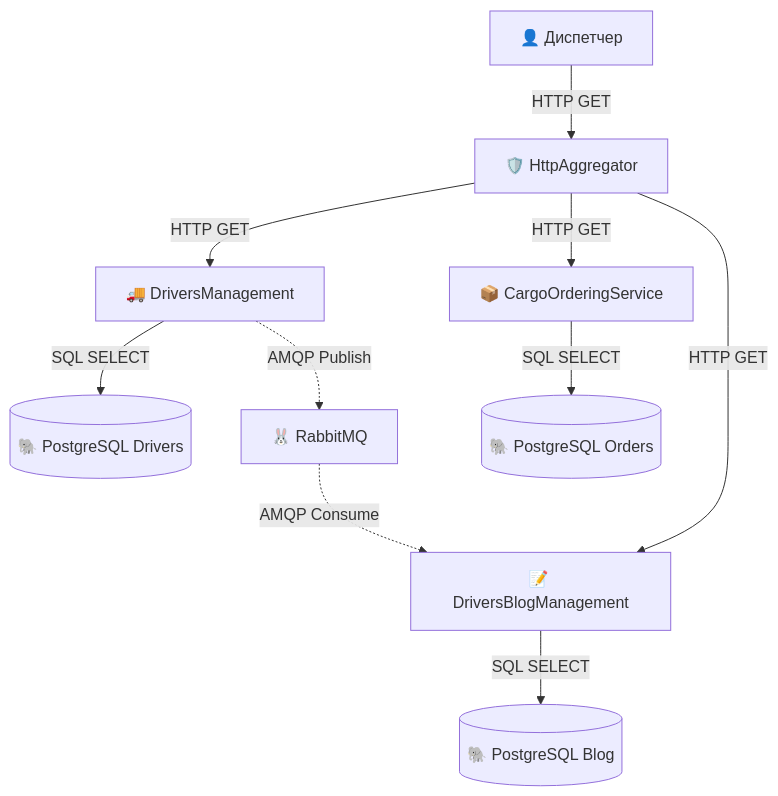
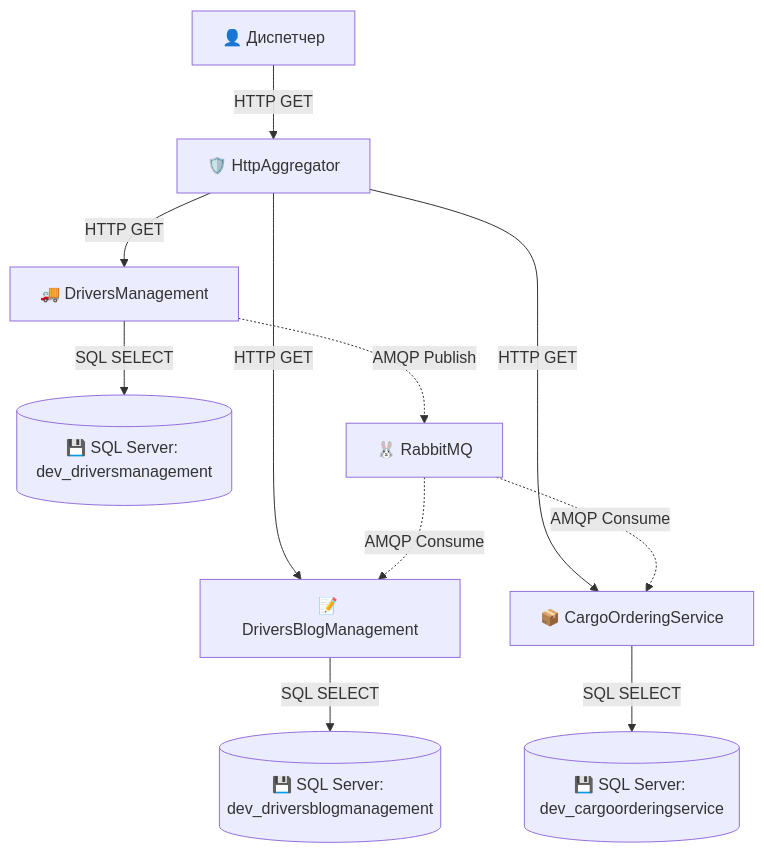
The first of 6 diagrams in 02-Microservices-Craftsman/02-01-Aspire-Documentation/04_Distributed_Tracing_OpenTelemetry_Guide.md (MrTomkaYurii/Demo-CargoDeliveryService), drawn with Mermaid before and after one commit. The commit also changed other lines of this file and 227 other files, not shown here.

````diff
--- a/02-Microservices-Craftsman/02-01-Aspire-Documentation/04_Distributed_Tracing_OpenTelemetry_Guide.md
+++ b/02-Microservices-Craftsman/02-01-Aspire-Documentation/04_Distributed_Tracing_OpenTelemetry_Guide.md
@@ -37,14 +37,15 @@
 ```mermaid
 flowchart TD
     User["👤 Диспетчер"] -->|"HTTP GET"| Agg["🛡️ HttpAggregator"]
     Agg -->|"HTTP GET"| DM["🚚 DriversManagement"]
     Agg -->|"HTTP GET"| CO["📦 CargoOrderingService"]
     Agg -->|"HTTP GET"| DB["📝 DriversBlogManagement"]
     
-    DM -->|"SQL SELECT"| PG1[("🐘 PostgreSQL Drivers")]
-    CO -->|"SQL SELECT"| PG2[("🐘 PostgreSQL Orders")]
-    DB -->|"SQL SELECT"| PG3[("🐘 PostgreSQL Blog")]
+    DM -->|"SQL SELECT"| SQL1[("💾 SQL Server: dev_driversmanagement")]
+    CO -->|"SQL SELECT"| SQL2[("💾 SQL Server: dev_cargoorderingservice")]
+    DB -->|"SQL SELECT"| SQL3[("💾 SQL Server: dev_driversblogmanagement")]
     
     DM -.->|"AMQP Publish"| RMQ["🐰 RabbitMQ"]
     RMQ -.->|"AMQP Consume"| DB
+    RMQ -.->|"AMQP Consume"| CO
 ```
````
